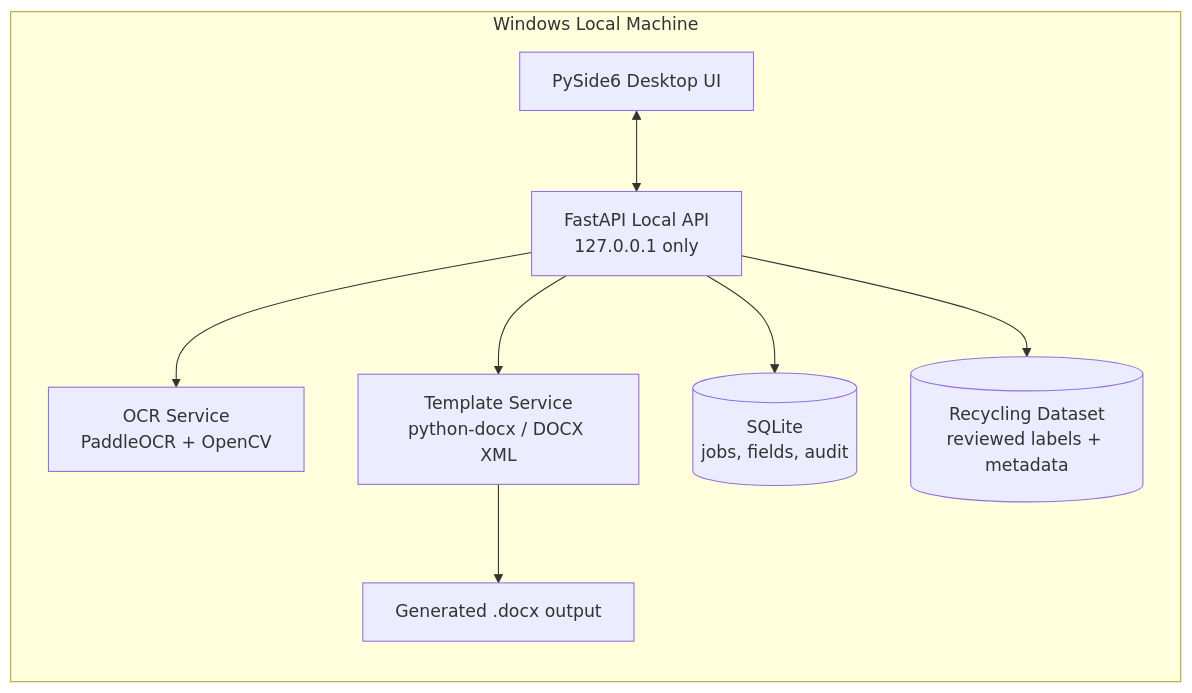
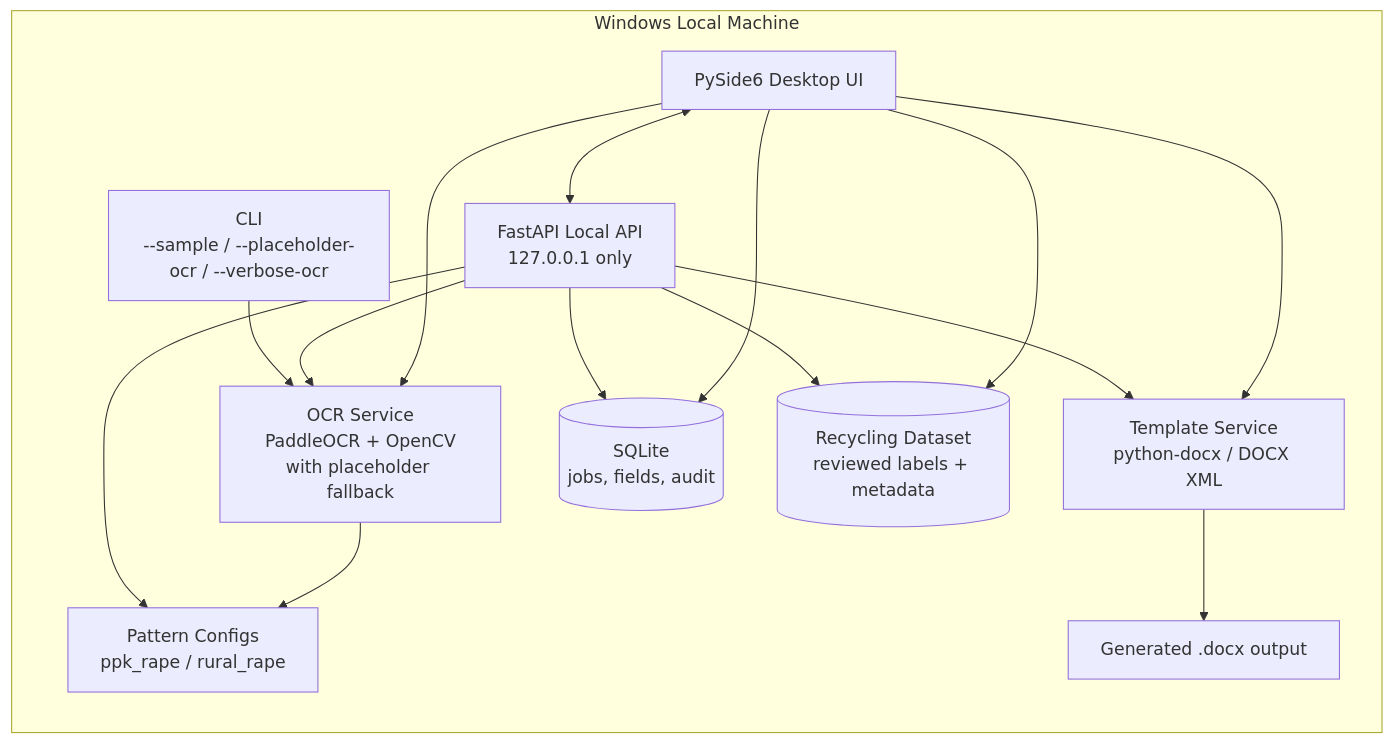
One commit to DoctorKS/Rape_OCR changed the third of 9 diagrams in docs/architecture.md. Above: the diagram before and after it, drawn with Mermaid. The commit also changed other lines of this file and 1 other file, not shown here.

Commit message:
docs: update full application flow diagrams

````diff
--- a/docs/architecture.md
+++ b/docs/architecture.md
@@ -39,19 +63,28 @@
 ```mermaid
 flowchart LR
     subgraph "Windows Local Machine"
         UI["PySide6 Desktop UI"]
         API["FastAPI Local API\n127.0.0.1 only"]
-        OCR["OCR Service\nPaddleOCR + OpenCV"]
+        CLI["CLI\n--sample / --placeholder-ocr / --verbose-ocr"]
+        OCR["OCR Service\nPaddleOCR + OpenCV\nwith placeholder fallback"]
+        CFG["Pattern Configs\nppk_rape / rural_rape"]
         TPL["Template Service\npython-docx / DOCX XML"]
         DB[("SQLite\njobs, fields, audit")]
         DS[("Recycling Dataset\nreviewed labels + metadata")]
         OUT["Generated .docx output"]
     end
 
     UI <--> API
+    CLI --> OCR
+    API --> CFG
+    OCR --> CFG
     API --> OCR
     API --> TPL
     API --> DB
     API --> DS
+    UI --> OCR
+    UI --> DB
+    UI --> DS
+    UI --> TPL
     TPL --> OUT
 ```
````
